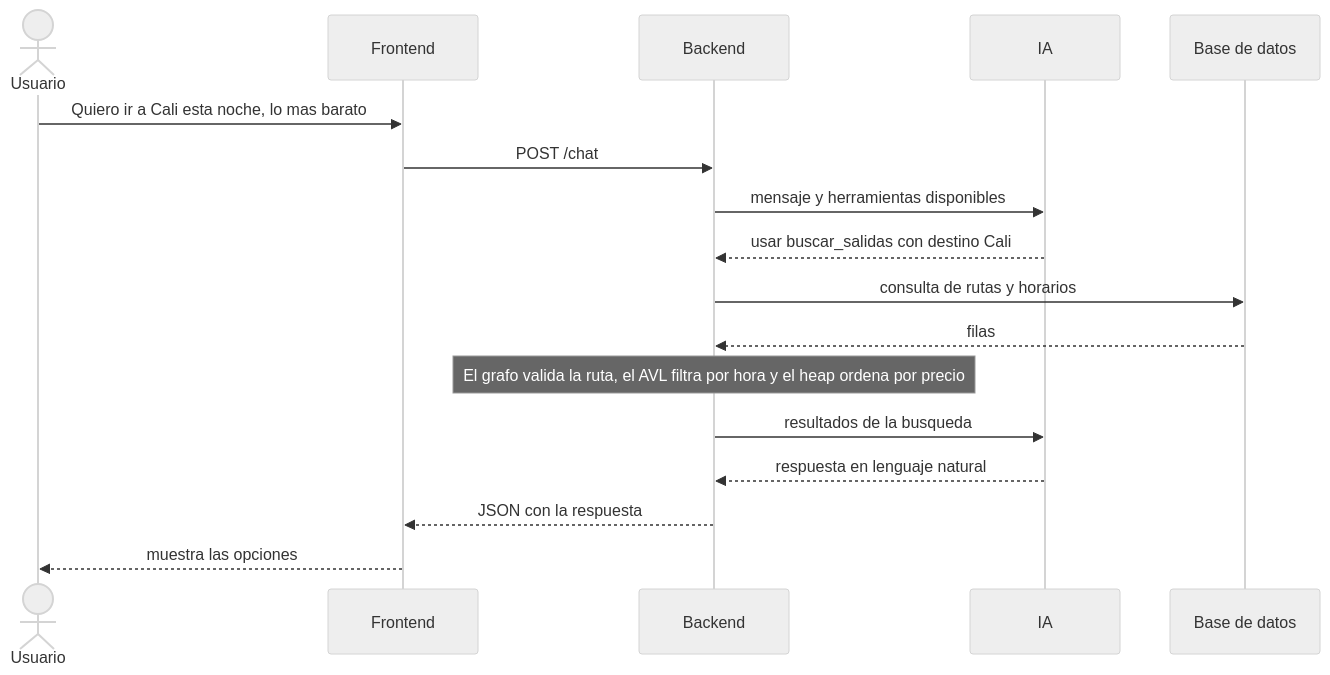
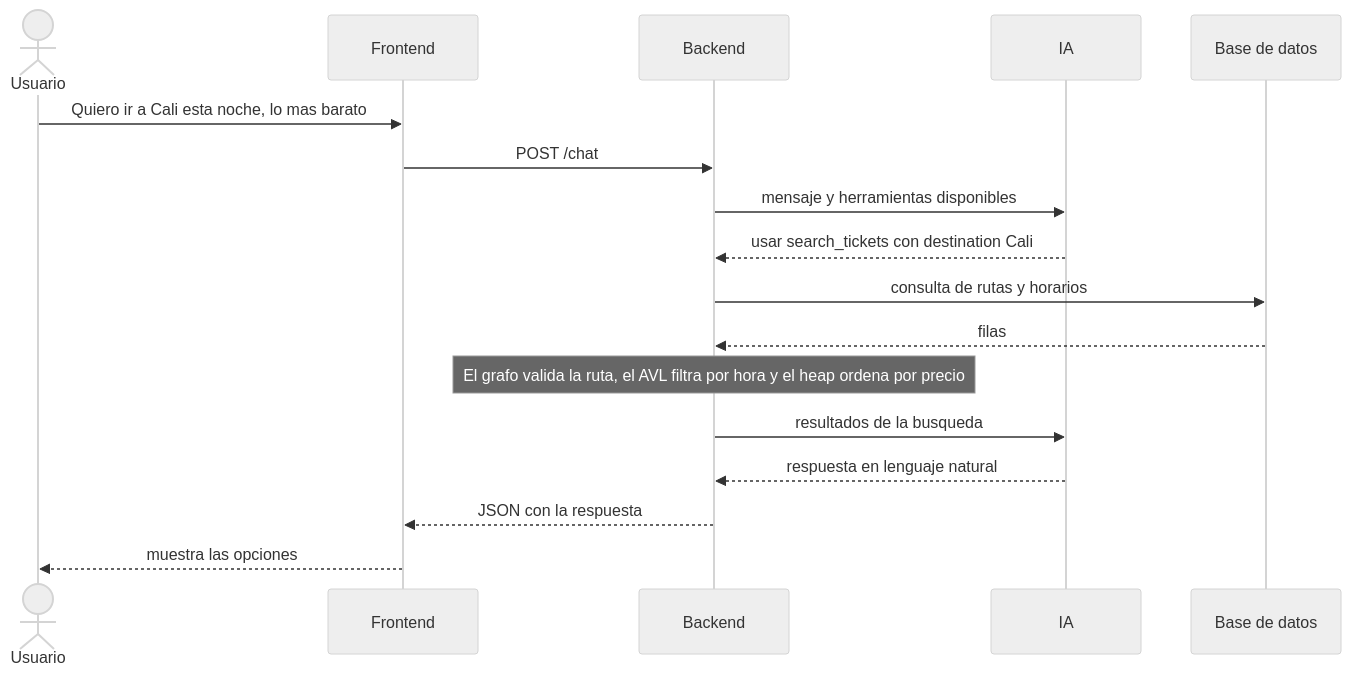
Before and after one commit to terminapp-pasto/terminapp-backend: the fourth of 4 diagrams in README.md, drawn with Mermaid (neutral theme). The commit also changed other lines of this file and 3 other files, not shown here.

````diff
--- a/README.md
+++ b/README.md
@@ -210,20 +252,20 @@
 ```mermaid
 sequenceDiagram
     actor U as Usuario
     participant F as Frontend
     participant B as Backend
     participant IA as IA
     participant BD as Base de datos
 
     U->>F: Quiero ir a Cali esta noche, lo mas barato
     F->>B: POST /chat
     B->>IA: mensaje y herramientas disponibles
-    IA-->>B: usar buscar_salidas con destino Cali
+    IA-->>B: usar search_tickets con destination Cali
     B->>BD: consulta de rutas y horarios
     BD-->>B: filas
     Note over B: El grafo valida la ruta, el AVL filtra por hora y el heap ordena por precio
     B->>IA: resultados de la busqueda
     IA-->>B: respuesta en lenguaje natural
     B-->>F: JSON con la respuesta
     F-->>U: muestra las opciones
 ```
````
